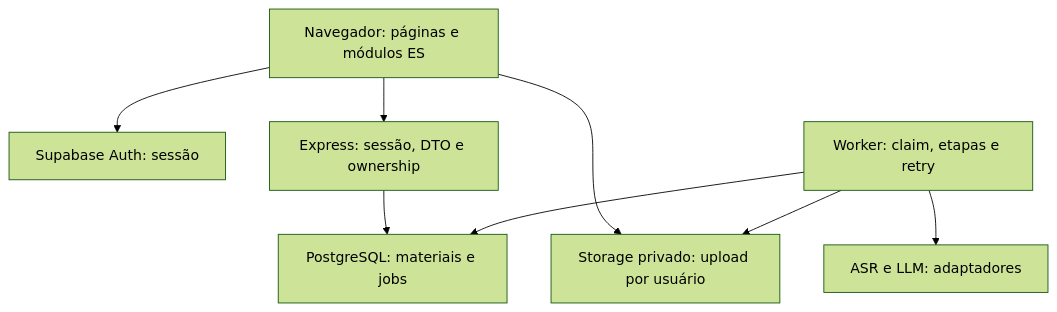
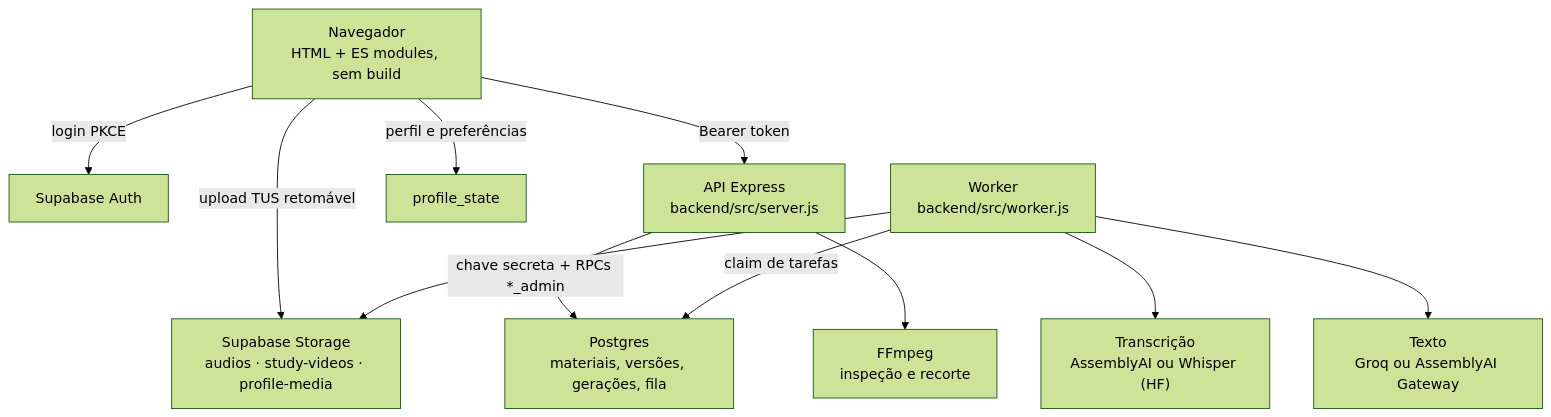
Before and after one commit to cathcherry/VozEmEstudo: the diagram in docs/ARCHITECTURE.md, drawn with Mermaid (forest theme). The commit also changed other lines of this file and 28 other files, not shown here.

````diff
--- a/docs/ARCHITECTURE.md
+++ b/docs/ARCHITECTURE.md
@@ -5,10 +8,13 @@
 ```mermaid
 flowchart TD
-  Browser["Navegador: páginas e módulos ES"] --> Auth["Supabase Auth: sessão"]
-  Browser --> API["Express: sessão, DTO e ownership"]
-  Browser --> Storage["Storage privado: upload por usuário"]
-  API --> DB["PostgreSQL: materiais e jobs"]
-  Worker["Worker: claim, etapas e retry"] --> DB
+  Browser["Navegador<br/>HTML + ES modules, sem build"] -->|login PKCE| Auth["Supabase Auth"]
+  Browser -->|upload TUS retomável| Storage["Supabase Storage<br/>audios · study-videos · profile-media"]
+  Browser -->|Bearer token| API["API Express<br/>backend/src/server.js"]
+  Browser -->|perfil e preferências| Profile["profile_state"]
+  API -->|chave secreta + RPCs *_admin| DB["Postgres<br/>materiais, versões, gerações, fila"]
+  API --> FFmpeg["FFmpeg<br/>inspeção e recorte"]
+  Worker["Worker<br/>backend/src/worker.js"] -->|claim de tarefas| DB
   Worker --> Storage
-  Worker --> Providers["ASR e LLM: adaptadores"]
+  Worker --> ASR["Transcrição<br/>AssemblyAI ou Whisper (HF)"]
+  Worker --> LLM["Texto<br/>Groq ou AssemblyAI Gateway"]
 ```
````
